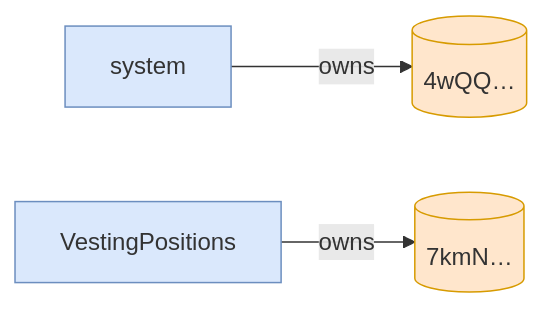
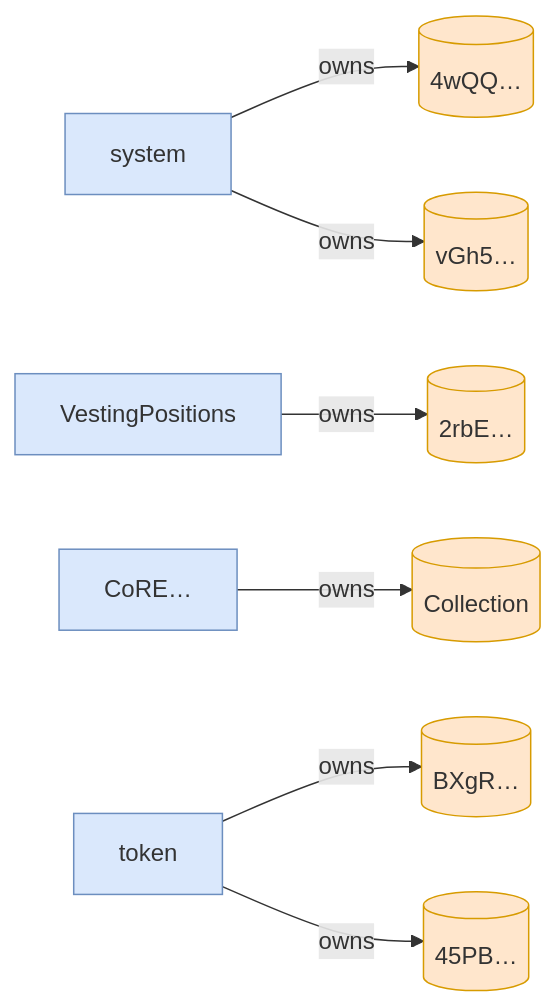
One commit to cds-turbin3/vesting-position changed the third of 3 diagrams in babelfish-tests/test-report/cancel_campaign_requires_creator.md. Above: the diagram before and after it, drawn with Mermaid. The commit also changed other lines of this file and 50 other files, not shown here.

````diff
--- a/babelfish-tests/test-report/cancel_campaign_requires_creator.md
+++ b/babelfish-tests/test-report/cancel_campaign_requires_creator.md
@@ -28,12 +67,22 @@
 ```mermaid
 flowchart LR
     system["system"]:::program
     4wQQ[("4wQQ…")]:::state
     VestingPositions["VestingPositions"]:::program
-    7kmN[("7kmN…")]:::state
+    2rbE[("2rbE…")]:::state
+    CoRE["CoRE…"]:::program
+    Collection[("Collection")]:::state
+    vGh5[("vGh5…")]:::state
+    token["token"]:::program
+    BXgR[("BXgR…")]:::state
+    45PB[("45PB…")]:::state
     system -->|owns| 4wQQ
-    VestingPositions -->|owns| 7kmN
+    VestingPositions -->|owns| 2rbE
+    CoRE -->|owns| Collection
+    system -->|owns| vGh5
+    token -->|owns| BXgR
+    token -->|owns| 45PB
     classDef program fill:#dae8fc,stroke:#6c8ebf;
     classDef signer fill:#d5e8d4,stroke:#82b366;
     classDef state fill:#ffe6cc,stroke:#d79b00;
 ```
````
